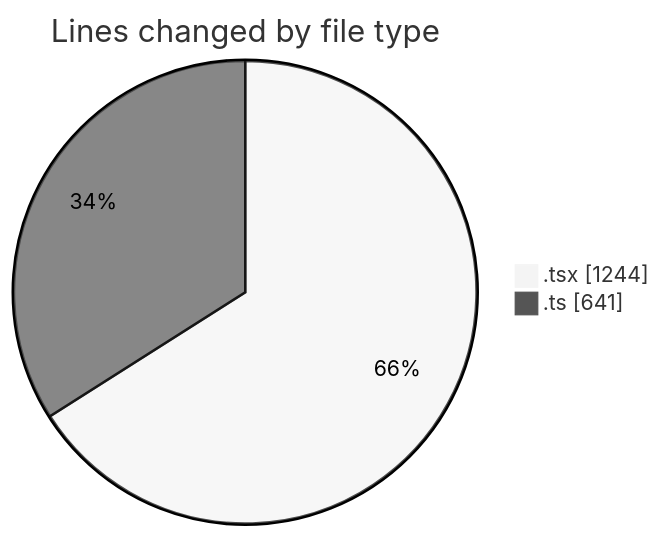
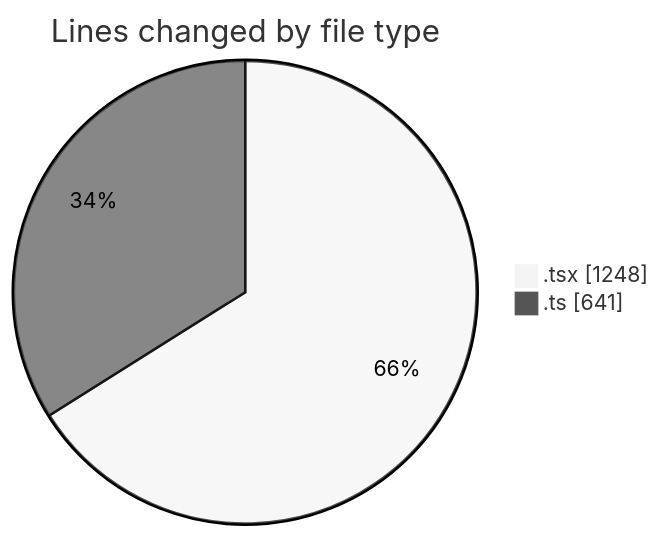
Before and after one commit to nxtqubesakshisongat/code-tracking: the first of 2 diagrams in 2026-02-24/nxtqube_webapp/README.md, drawn with Mermaid (neutral theme). The commit also changed other lines of this file and 1 other file, not shown here.

````diff
--- a/2026-02-24/nxtqube_webapp/README.md
+++ b/2026-02-24/nxtqube_webapp/README.md
@@ -25,6 +25,6 @@
 ```mermaid
 pie showData
 title Lines changed by file type
-".tsx" : 1244
+".tsx" : 1248
 ".ts" : 641
 ```
````
